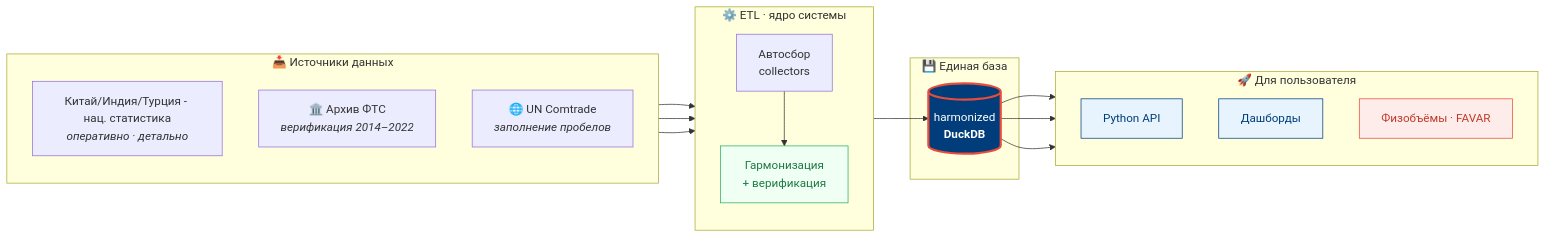
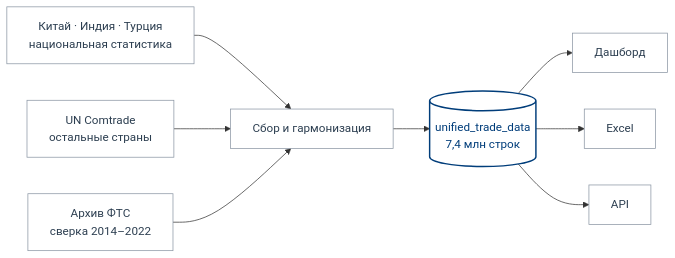
One commit to quantviews/mgimo-foreign-trade changed the diagram in presentations/project-overview.qmd. Above: the diagram before and after it, drawn with Mermaid. The commit also changed other lines of this file and 3 other files, not shown here.

````diff
--- a/presentations/project-overview.qmd
+++ b/presentations/project-overview.qmd
@@ -195,40 +155,17 @@
 ```{mermaid}
 %%| fig-width: 11
-%%| fig-height: 5.8
+%%| fig-height: 4.6
 flowchart LR
-    subgraph sources["📥 Источники данных"]
-        direction TB
-        A[" Китай/Индия/Турция - нац. статистика<br/><i>оперативно · детально</i>"]
-        B["🏛️ Архив ФТС<br/><i>верификация 2014–2022</i>"]
-        C["🌐 UN Comtrade<br/><i>заполнение пробелов</i>"]
-    end
+    A["Китай · Индия · Турция<br/>национальная статистика"] --> D
+    B["UN Comtrade<br/>остальные страны"] --> D
+    C["Архив ФТС<br/>сверка 2014–2022"] --> D
+    D["Сбор и гармонизация"] --> E
+    E[("unified_trade_data<br/>7,4 млн строк")]
+    E --> F["Дашборд"]
+    E --> G["Excel"]
+    E --> H["API"]
 
-    subgraph etl["⚙️ ETL · ядро системы"]
-        direction TB
-        D["Автосбор<br/>collectors"]
-        E["Гармонизация<br/>+ верификация"]
-    end
-
-    subgraph storage["💾 Единая база"]
-        F[("harmonized<br/><b>DuckDB</b>")]
-    end
-
-    subgraph access["🚀 Для пользователя"]
-        direction TB
-        G["Python API"]
-        H["Дашборды"]
-        I["Физобъёмы · FAVAR"]
-    end
-
-    A --> D
-    B --> D
-    C --> D
-    D --> E --> F
-    F --> G & H & I
-
-    style F fill:#003d7a,color:#fff,stroke:#e74c3c,stroke-width:3px
-    style G fill:#e8f4fd,color:#003d7a,stroke:#003d7a
-    style H fill:#e8f4fd,color:#003d7a,stroke:#003d7a
-    style I fill:#fdecea,color:#c0392b,stroke:#e74c3c
-    style E fill:#f0fff4,color:#1e7a45,stroke:#27ae60
+    classDef plain fill:#ffffff,stroke:#8a95a3,stroke-width:1px,color:#2c3e50
+    class A,B,C,D,F,G,H plain
+    style E fill:#ffffff,stroke:#003d7a,stroke-width:2px,color:#003d7a
 ```
````
